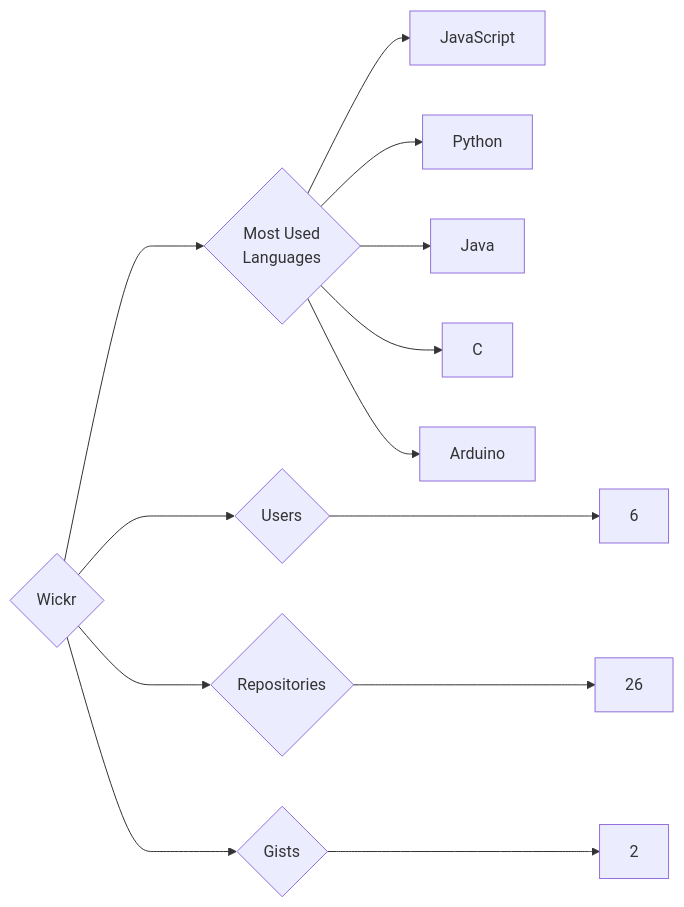
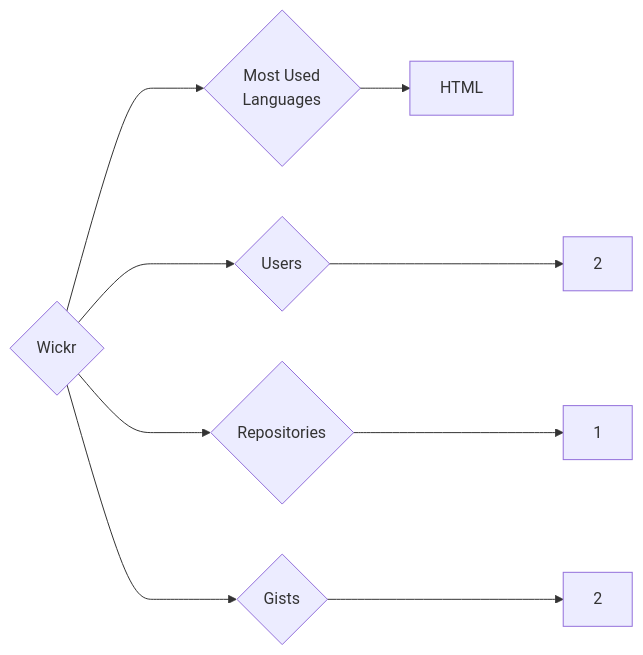
One commit to trickest/insiders changed the diagram in targets/Wickr/README.md. Above: the diagram before and after it, drawn with Mermaid. The commit also changed 815 other files, not shown here.

````diff
--- a/targets/Wickr/README.md
+++ b/targets/Wickr/README.md
@@ -3,13 +3,9 @@
 ```mermaid
 graph LR
 COMPANY_NAME{Wickr}
-COMPANY_NAME ---> U{Users} ---> UN[6]
-COMPANY_NAME ---> R{Repositories} ---> RN[26]
+COMPANY_NAME ---> U{Users} ---> UN[2]
+COMPANY_NAME ---> R{Repositories} ---> RN[1]
 COMPANY_NAME ---> G{Gists} ---> GN[2]
 COMPANY_NAME ---> ML{Most Used<br>Languages}
-ML --> JavaScript[JavaScript]
-ML --> Python[Python]
-ML --> Java[Java]
-ML --> C[C]
-ML --> Arduino[Arduino]
+ML --> HTML[HTML]
 ```
````
